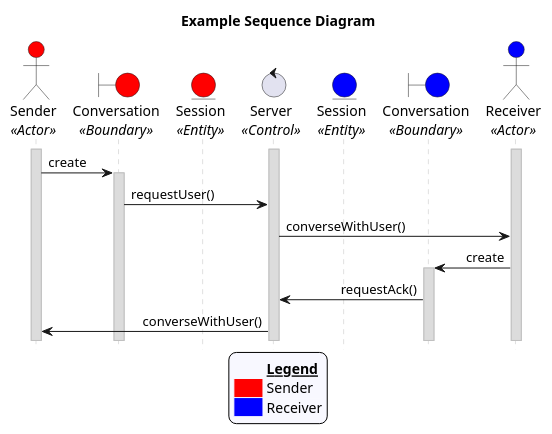
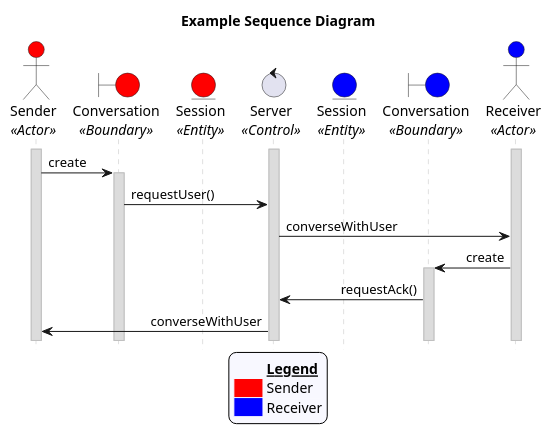
Before and after one commit to CECS-491-SP24-Group-1/seq-diagrams: the diagram in examples/example_01.puml, drawn with PlantUML.

Commit message:
Correct the example

```diff
--- a/examples/example_01.puml
+++ b/examples/example_01.puml
@@ -1,53 +1,53 @@
 @startuml example
 title "Example Sequence Diagram"
 
 'Styling goes here
 hide footbox
 skinparam stereotypePosition bottom
 skinparam sequenceMessageAlign direction
 skinparam sequence {
 	LifeLineBorderColor #Silver
 	LifeLineBackgroundColor #Gainsboro
 }
 
 'Add a legend plus styling
 skinparam legend {
 	backgroundColor #GhostWhite
 	entrySeparator #GhostWhite
 }
 
 legend bottom
 	<#GhostWhite,#GhostWhite>|	|= __Legend__ |
 	|<#red> | Sender|
 	|<#blue> | Receiver|
 endlegend
 
 'Setup the objects involved here
 actor Sender as s <<Actor>> #red
 boundary Conversation as sc <<Boundary>> #red
 entity Session as ss <<Entity>> #red
 control Server as srv <<Control>>
 entity Session as rs <<Entity>> #blue
 boundary Conversation as rc <<Boundary>> #blue
 actor Receiver as r <<Actor>> #blue
 
 'Setup persistent objects here
 activate s
 activate srv
 activate r
 
 '--- FLOW OF CONTROL STARTS HERE ---
 'Sender creates a conversation and ends the request to the receiver
 s -> sc: create
 activate sc
 sc -> srv: requestUser()
-srv -> r: converseWithUser()
+srv -> r: converseWithUser
 
 'Receiver accepts the conversation and sends ACK to the sender
 r -> rc: create
 activate rc
 rc -> srv: requestAck()
-srv -> s: converseWithUser()
+srv -> s: converseWithUser
 '--- FLOW OF CONTROL ENDS HERE   ---
 
 @enduml
```
